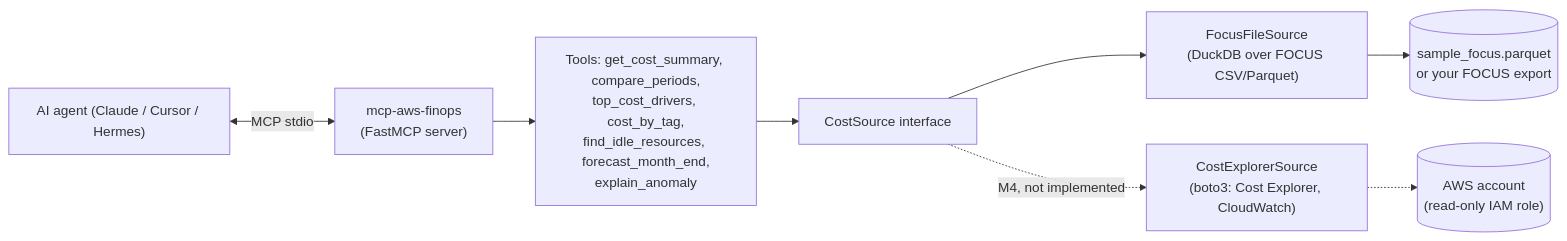
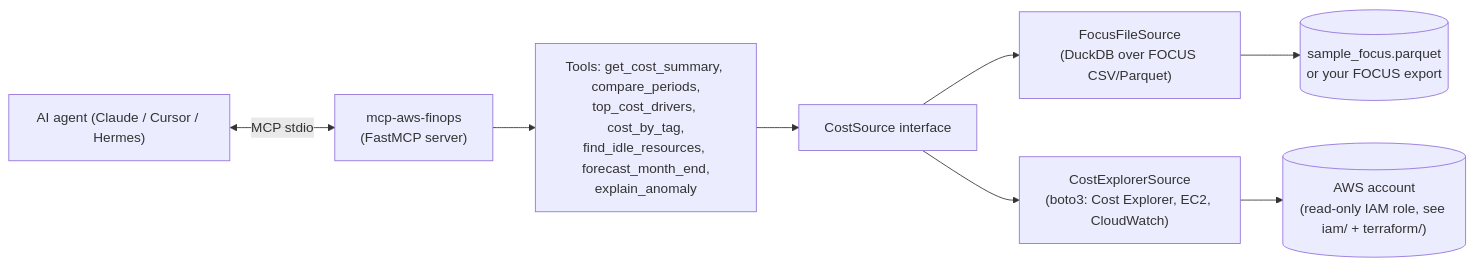
One commit to thomm-011/mcp-aws-finops changed the diagram in README.md. Above: the diagram before and after it, drawn with Mermaid. The commit also changed other lines of this file and 3 other files, not shown here.

First line of the commit message:
docs(m4): AWS mode docs, examples, CHANGELOG, roadmap update

````diff
--- a/README.md
+++ b/README.md
@@ -112,10 +158,10 @@
 ```mermaid
 flowchart LR
     agent["AI agent (Claude / Cursor / Hermes)"] <-->|MCP stdio| server["mcp-aws-finops\n(FastMCP server)"]
     server --> tools["Tools: get_cost_summary, compare_periods,\ntop_cost_drivers, cost_by_tag,\nfind_idle_resources, forecast_month_end,\nexplain_anomaly"]
     tools --> iface["CostSource interface"]
     iface --> focus["FocusFileSource\n(DuckDB over FOCUS CSV/Parquet)"]
-    iface -.->|M4, not implemented| ce["CostExplorerSource\n(boto3: Cost Explorer, CloudWatch)"]
+    iface --> ce["CostExplorerSource\n(boto3: Cost Explorer, EC2, CloudWatch)"]
     focus --> data[("sample_focus.parquet\nor your FOCUS export")]
-    ce -.-> aws[("AWS account\n(read-only IAM role)")]
+    ce --> aws[("AWS account\n(read-only IAM role, see iam/ + terraform/)")]
 ```
````
